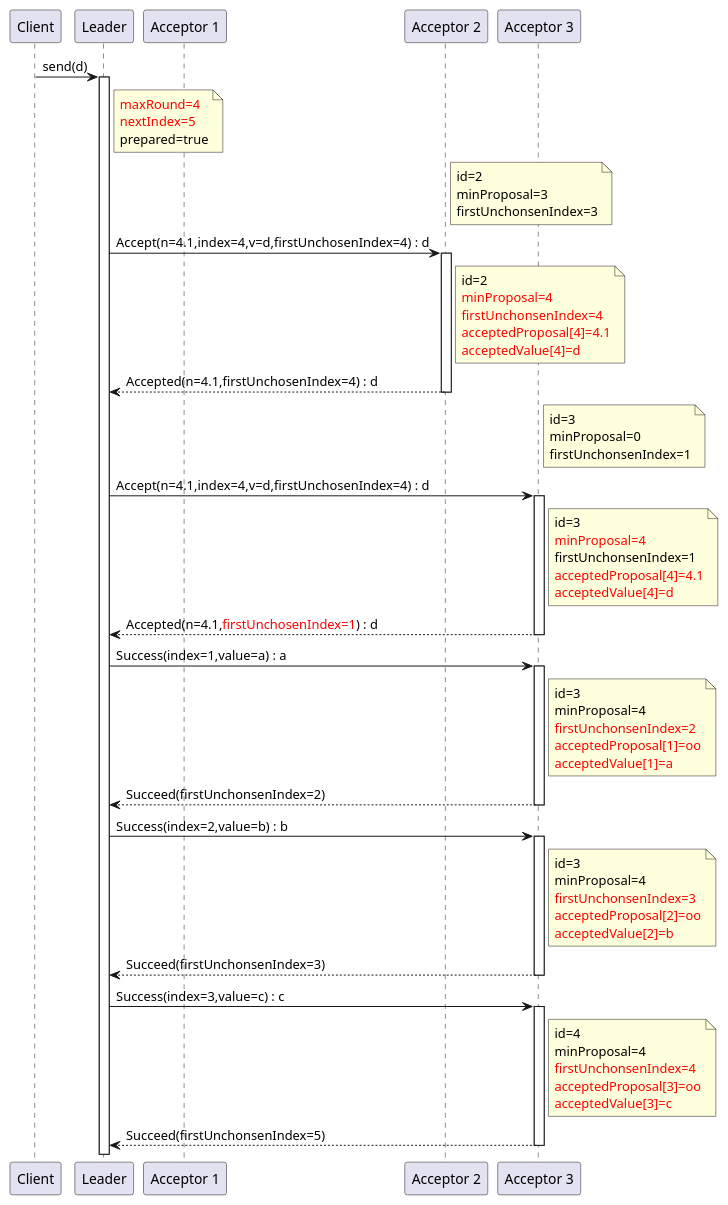
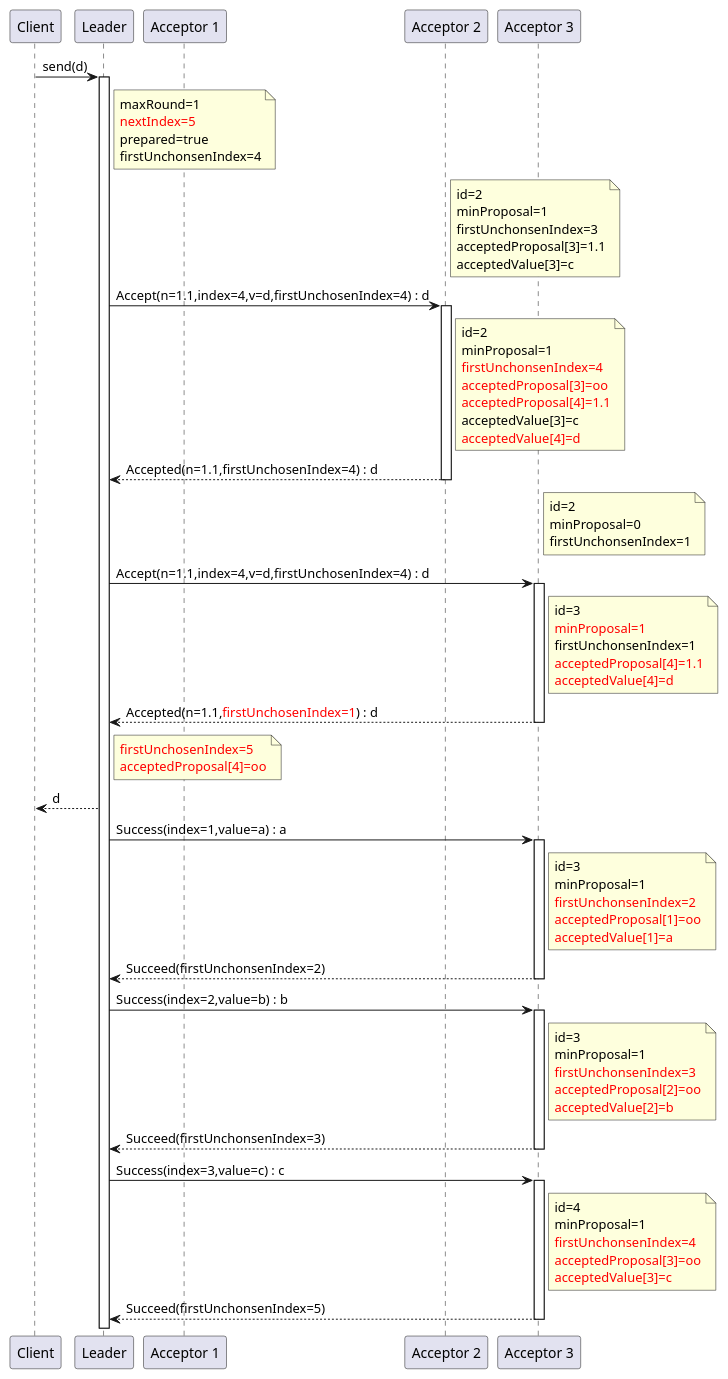
Before and after one commit to nocnob/notfound: the second of 4 diagrams in src/pages/posts/distribution-paxos-multi.adoc, drawn with PlantUML. The commit also changed other lines of this file and 3 other files, not shown here.

```diff
--- a/src/pages/posts/distribution-paxos-multi.adoc
+++ b/src/pages/posts/distribution-paxos-multi.adoc
@@ -138,48 +154,58 @@
 c -> l : send(d)
 activate l
 note right l
-    <font color=red>maxRound=4
+    maxRound=1
     <font color=red>nextIndex=5
     prepared=true
+    firstUnchonsenIndex=4
 end note
-    note right a2
-        id=2
-        minProposal=3
-        firstUnchonsenIndex=3
-    end note
-    l -> a2 : Accept(n=4.1,index=4,v=d,firstUnchosenIndex=4) : d
+note right a2
+    id=2
+    minProposal=1
+    firstUnchonsenIndex=3
+    acceptedProposal[3]=1.1
+    acceptedValue[3]=c
+end note
+    l -> a2 : Accept(n=1.1,index=4,v=d,firstUnchosenIndex=4) : d
     activate a2
     note right a2
         id=2
-        <font color=red>minProposal=4
+        minProposal=1
         <font color=red>firstUnchonsenIndex=4
-        <font color=red>acceptedProposal[4]=4.1
+        <font color=red>acceptedProposal[3]=oo
+        <font color=red>acceptedProposal[4]=1.1
+        acceptedValue[3]=c
         <font color=red>acceptedValue[4]=d
     end note
-    l <-- a2 : Accepted(n=4.1,firstUnchosenIndex=4) : d
+    l <-- a2 : Accepted(n=1.1,firstUnchosenIndex=4) : d
     deactivate a2
     note right a3
-        id=3
+        id=2
         minProposal=0
         firstUnchonsenIndex=1
     end note
-    l -> a3 : Accept(n=4.1,index=4,v=d,firstUnchosenIndex=4) : d
+    l -> a3 : Accept(n=1.1,index=4,v=d,firstUnchosenIndex=4) : d
     activate a3
     note right a3
         id=3
-        <font color=red>minProposal=4
+        <font color=red>minProposal=1
         firstUnchonsenIndex=1
-        <font color=red>acceptedProposal[4]=4.1
+        <font color=red>acceptedProposal[4]=1.1
         <font color=red>acceptedValue[4]=d
     end note
-    l <-- a3 : Accepted(n=4.1,<font color=red>firstUnchosenIndex=1</font>) : d
+    l <-- a3 : Accepted(n=1.1,<font color=red>firstUnchosenIndex=1</font>) : d
     deactivate a3
 
+    note right l
+        <font color=red>firstUnchosenIndex=5
+        <font color=red>acceptedProposal[4]=oo
+    end note
+c <-- l: d
     l -> a3 : Success(index=1,value=a) : a
     activate a3
     note right a3
         id=3
-        minProposal=4
+        minProposal=1
         <font color=red>firstUnchonsenIndex=2
         <font color=red>acceptedProposal[1]=oo
         <font color=red>acceptedValue[1]=a
@@ -191,7 +217,7 @@
     activate a3
     note right a3
         id=3
-        minProposal=4
+        minProposal=1
         <font color=red>firstUnchonsenIndex=3
         <font color=red>acceptedProposal[2]=oo
         <font color=red>acceptedValue[2]=b
@@ -203,7 +229,7 @@
     activate a3
     note right a3
         id=4
-        minProposal=4
+        minProposal=1
         <font color=red>firstUnchonsenIndex=4
         <font color=red>acceptedProposal[3]=oo
         <font color=red>acceptedValue[3]=c
```
